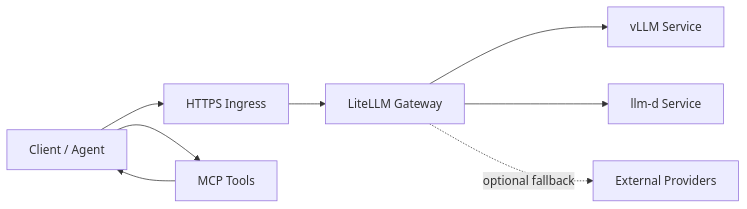
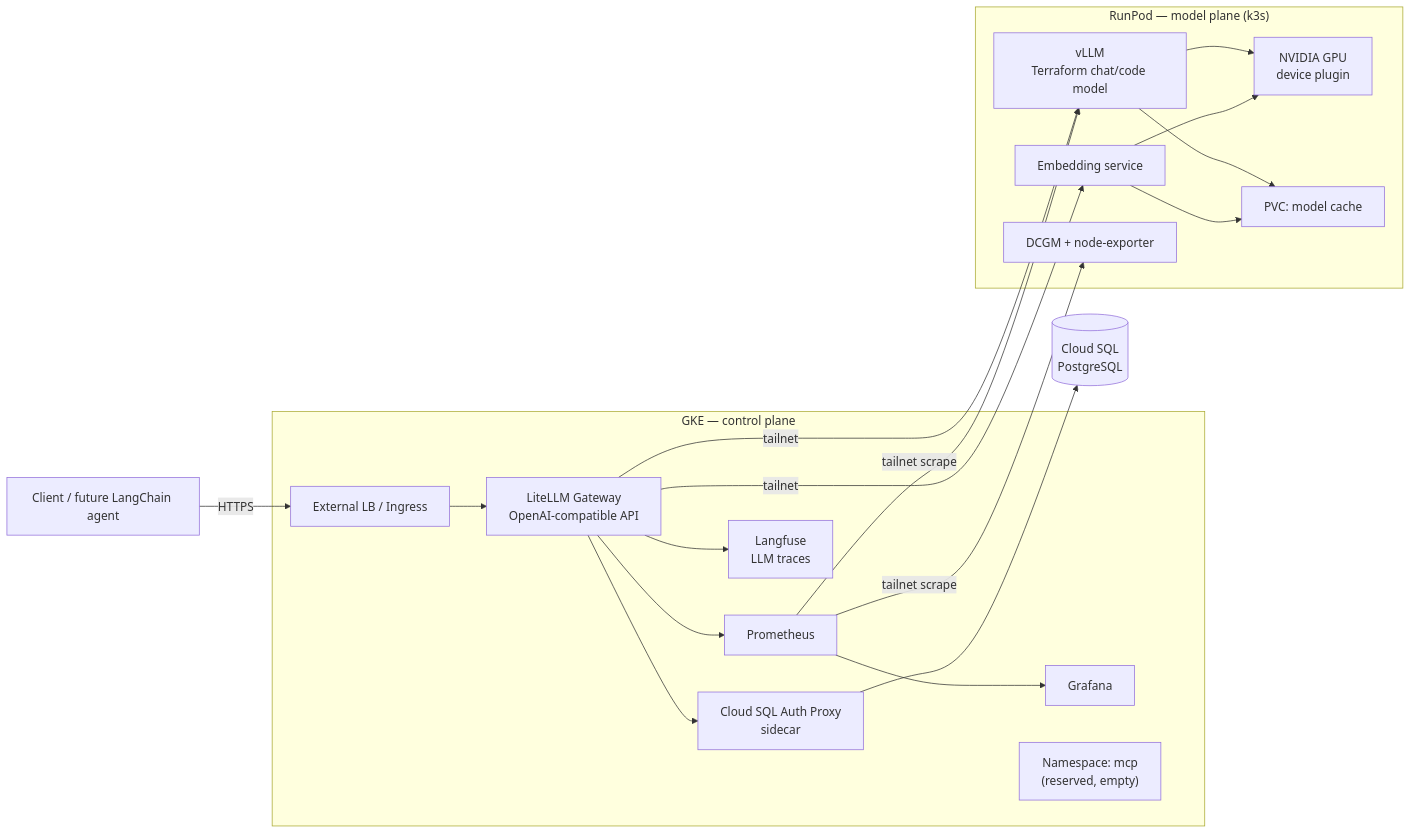
The diagram in PLAN.md (zessam/terraforge-inference), drawn with Mermaid before and after one commit. The commit also changed other lines of this file and 45 other files, not shown here.

````diff
--- a/PLAN.md
+++ b/PLAN.md
@@ -30,10 +18,38 @@
 ```mermaid
 flowchart LR
-    client["Client / Agent"] --> ingress["HTTPS Ingress"]
-    ingress --> litellm["LiteLLM Gateway"]
-    litellm --> vllm["vLLM Service"]
-    litellm --> llmd["llm-d Service"]
-    litellm -. optional fallback .-> external["External Providers"]
-    client --> mcp["MCP Tools"]
-    mcp --> client
+    client["Client / future LangChain agent"]
+
+    subgraph gcp["GKE — control plane"]
+        lb["External LB / Ingress"]
+        litellm["LiteLLM Gateway<br/>OpenAI-compatible API"]
+        proxy["Cloud SQL Auth Proxy<br/>sidecar"]
+        prom["Prometheus"]
+        graf["Grafana"]
+        lang["Langfuse<br/>LLM traces"]
+        mcpns["Namespace: mcp<br/>(reserved, empty)"]
+    end
+
+    sql[("Cloud SQL<br/>PostgreSQL")]
+
+    subgraph runpod["RunPod — model plane (k3s)"]
+        vllm["vLLM<br/>Terraform chat/code model"]
+        embed["Embedding service"]
+        gpu["NVIDIA GPU<br/>device plugin"]
+        cache["PVC: model cache"]
+        dcgm["DCGM + node-exporter"]
+    end
+
+    client -->|HTTPS| lb --> litellm
+    litellm --> proxy --> sql
+    litellm -->|tailnet| vllm
+    litellm -->|tailnet| embed
+    litellm --> lang
+    litellm --> prom
+    prom -->|tailnet scrape| dcgm
+    prom -->|tailnet scrape| vllm
+    prom --> graf
+    vllm --> gpu
+    embed --> gpu
+    vllm --> cache
+    embed --> cache
 ```
````
